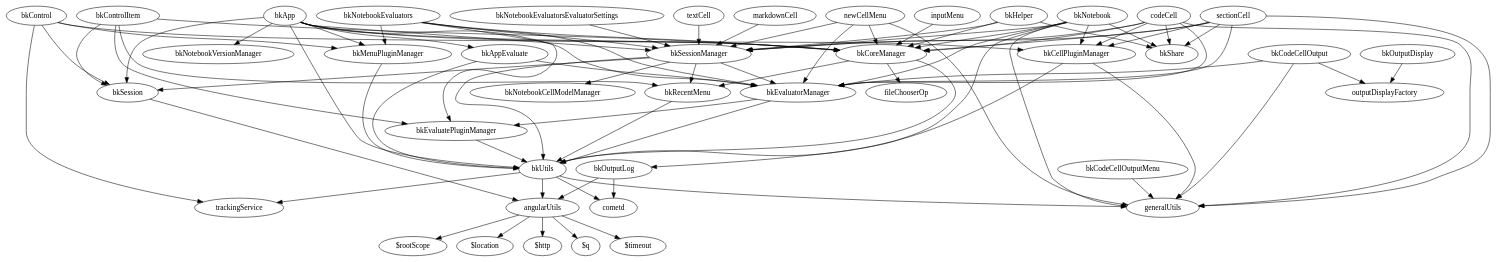
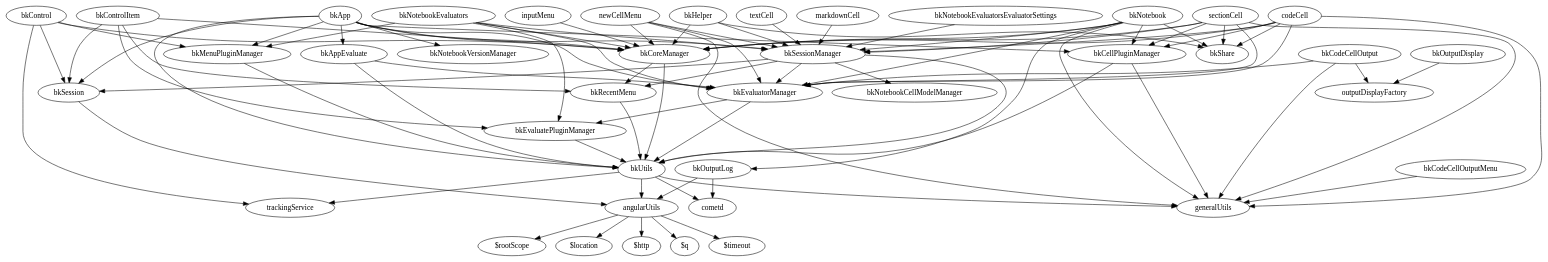
Before and after one commit to anglee/hello: the diagram in bk.dot, drawn with Graphviz. The commit also changed 8 other files, not shown here.

```diff
--- a/bk.dot
+++ b/bk.dot
@@ -1,121 +1,120 @@
 digraph G {
   angularUtils -> "$rootScope";
   angularUtils -> "$location";
   angularUtils -> "$http";
   angularUtils -> "$q";
   angularUtils -> "$timeout";
 
   bkApp -> bkUtils;
   bkApp -> bkSession;
   bkApp -> bkSessionManager;
   bkApp -> bkMenuPluginManager;
   bkApp -> bkCellPluginManager;
   bkApp -> bkCoreManager;
   bkApp -> bkAppEvaluate;
   bkApp -> bkNotebookVersionManager;
   bkApp -> bkEvaluatorManager;
 
   bkAppEvaluate -> bkUtils;
   bkAppEvaluate -> bkEvaluatorManager;
 
   newCellMenu -> generalUtils;
   newCellMenu -> bkSessionManager;
   newCellMenu -> bkCoreManager;
   newCellMenu -> bkEvaluatorManager;
 
   sectionCell -> generalUtils;
   sectionCell -> bkShare;
   sectionCell -> bkEvaluatorManager;
   sectionCell -> bkSessionManager;
   sectionCell -> bkCoreManager;
   sectionCell -> bkCellPluginManager;
 
   textCell -> bkSessionManager;
 
   markdownCell -> bkSessionManager;
 
   bkCellPluginManager -> bkUtils;
   bkCellPluginManager -> generalUtils;
 
   codeCell -> generalUtils;
   codeCell -> bkShare;
   codeCell -> bkEvaluatorManager;
   codeCell -> bkCellPluginManager;
   codeCell -> bkSessionManager;
   codeCell -> bkCoreManager;
 
   inputMenu -> bkCoreManager;
 
   bkCodeCellOutput -> generalUtils;
   bkCodeCellOutput -> outputDisplayFactory;
   bkCodeCellOutput -> bkEvaluatorManager;
 
   bkCodeCellOutputMenu -> generalUtils;
 
   bkControl -> bkCoreManager;
   bkControl -> bkSession;
   bkControl -> bkMenuPluginManager;
   bkControl -> trackingService;
 
   bkControlItem -> bkSession;
   bkControlItem -> bkCoreManager;
   bkControlItem -> bkRecentMenu;
   bkControlItem -> bkEvaluatePluginManager;
 
   bkCoreManager -> bkUtils;
   bkCoreManager -> bkRecentMenu;
-  bkCoreManager -> fileChooserOp;
 
   bkEvaluatePluginManager -> bkUtils;
 
   bkEvaluatorManager -> bkUtils;
   bkEvaluatorManager -> bkEvaluatePluginManager;
 
   bkHelper -> bkSessionManager;
   bkHelper -> bkCoreManager;
   bkHelper -> bkShare;
 
   bkMenuPluginManager -> bkUtils;
 
   bkNotebook -> generalUtils;
   bkNotebook -> bkShare;
   bkNotebook -> bkEvaluatorManager;
   bkNotebook -> bkCellPluginManager;
   bkNotebook -> bkSessionManager;
   bkNotebook -> bkCoreManager;
   bkNotebook -> bkOutputLog;
 
   bkNotebookEvaluators -> bkCoreManager;
   bkNotebookEvaluators -> bkSessionManager;
   bkNotebookEvaluators -> bkMenuPluginManager;
   bkNotebookEvaluators -> bkEvaluatePluginManager;
   bkNotebookEvaluators -> bkEvaluatorManager;
 
   bkNotebookEvaluatorsEvaluatorSettings -> bkSessionManager;
 
   bkOutputLog -> angularUtils;
   bkOutputLog -> cometd;
 
-  bkOutputDisplay -> "outputDisplayFactory";
+  bkOutputDisplay -> outputDisplayFactory;
 
   bkRecentMenu -> bkUtils;
 
   bkSession -> angularUtils;
 
   bkSessionManager -> bkUtils;
   bkSessionManager -> bkSession;
   bkSessionManager -> bkNotebookCellModelManager;
   bkSessionManager -> bkEvaluatorManager;
   bkSessionManager -> bkRecentMenu;
 
   bkUtils -> generalUtils;
   bkUtils -> angularUtils;
   bkUtils -> trackingService;
   bkUtils -> cometd;
 
 
 
 
 
 
 }
```
